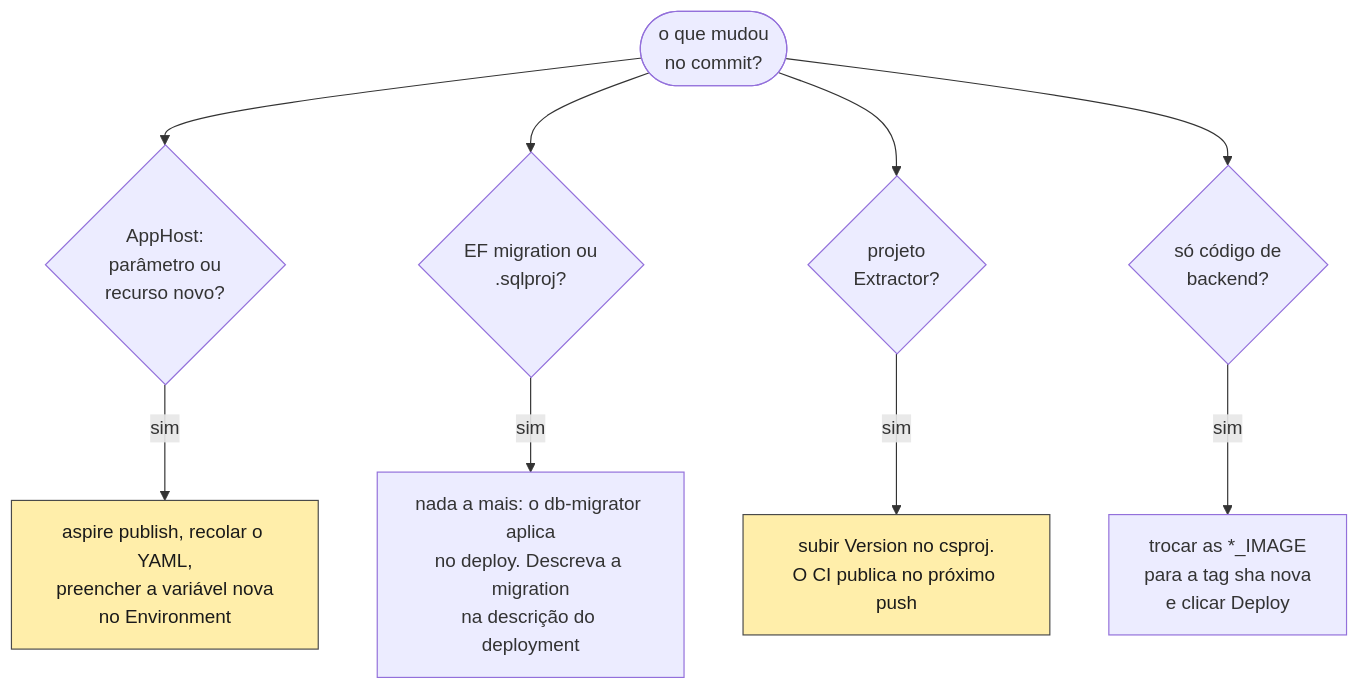
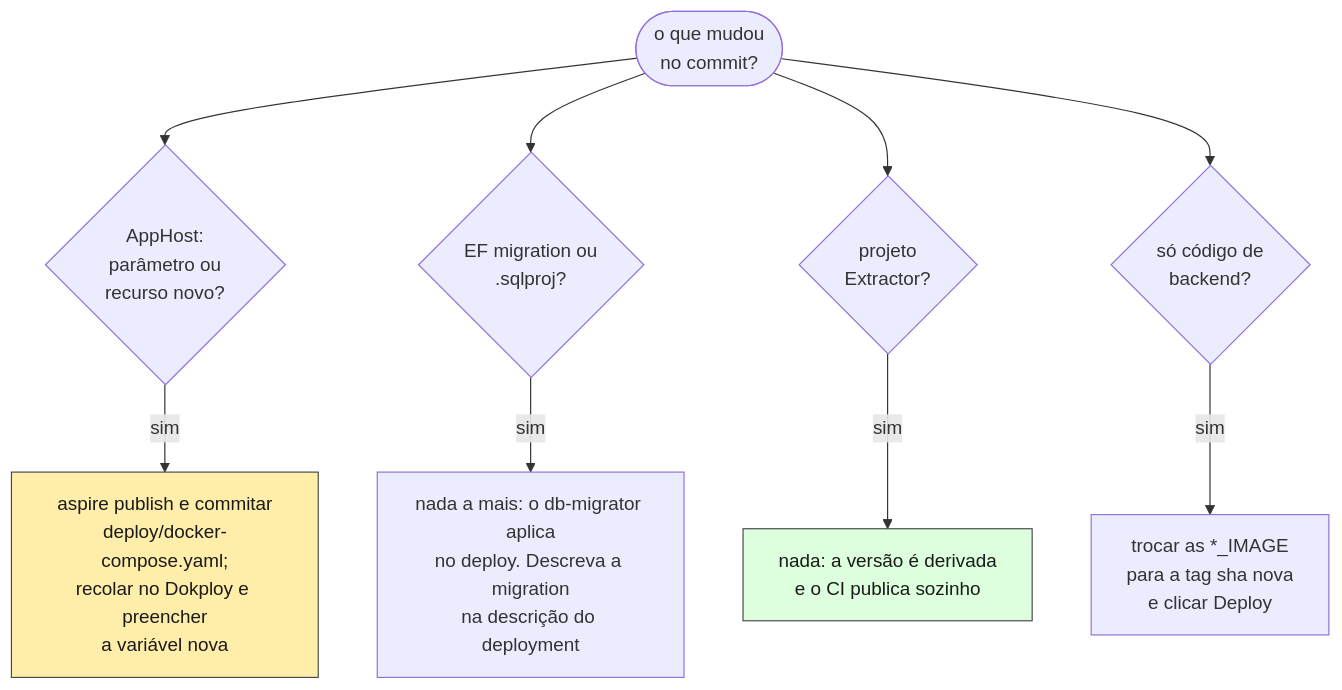
Before and after one commit to procfit/MLDemandForcastPOC: diagram 11 of 11 in Docs/fluxo-de-entrega.md, drawn with Mermaid. The commit also changed other lines of this file and 4 other files, not shown here.

First line of the commit message:
feat(ci): derive the extractor version and guard the compose against drift

````diff
--- a/Docs/fluxo-de-entrega.md
+++ b/Docs/fluxo-de-entrega.md
@@ -288,17 +345,17 @@
 ```mermaid
 flowchart TB
     START(["o que mudou<br/>no commit?"])
 
     START --> Q_APP{"AppHost:<br/>parâmetro ou<br/>recurso novo?"}
     START --> Q_MIG{"EF migration ou<br/>.sqlproj?"}
     START --> Q_EXT{"projeto<br/>Extractor?"}
     START --> Q_COD{"só código de<br/>backend?"}
 
-    Q_APP -->|sim| A_APP["aspire publish, recolar o YAML,<br/>preencher a variável nova<br/>no Environment"]
+    Q_APP -->|sim| A_APP["aspire publish e commitar<br/>deploy/docker-compose.yaml;<br/>recolar no Dokploy e preencher<br/>a variável nova"]
     Q_MIG -->|sim| A_MIG["nada a mais: o db-migrator aplica<br/>no deploy. Descreva a migration<br/>na descrição do deployment"]
-    Q_EXT -->|sim| A_EXT["subir Version no csproj.<br/>O CI publica no próximo push"]
+    Q_EXT -->|sim| A_EXT["nada: a versão é derivada<br/>e o CI publica sozinho"]
     Q_COD -->|sim| A_COD["trocar as *_IMAGE<br/>para a tag sha nova<br/>e clicar Deploy"]
 
     style A_APP fill:#fea,stroke:#4a4a4a,color:#1a1a1a
-    style A_EXT fill:#fea,stroke:#4a4a4a,color:#1a1a1a
+    style A_EXT fill:#dfd,stroke:#4a4a4a,color:#1a1a1a
 ```
````
